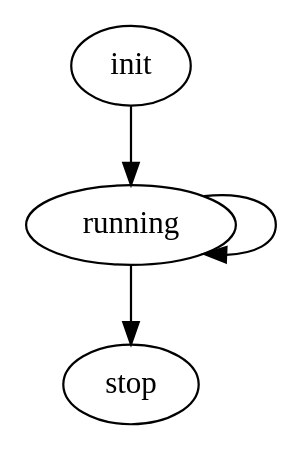
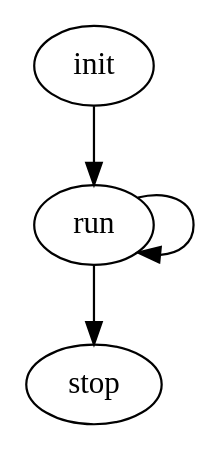
One commit to pbosetti/gv_fsm changed the diagram in simple.dot. Above: the diagram before and after it, drawn with Graphviz. The commit also changed 4 other files, not shown here.

```diff
--- a/simple.dot
+++ b/simple.dot
@@ -1,5 +1,5 @@
 digraph "simple" {
-  init->running
-  running->running
-  running->stop
+  init -> run
+  run -> run
+  run -> stop
 }
```
